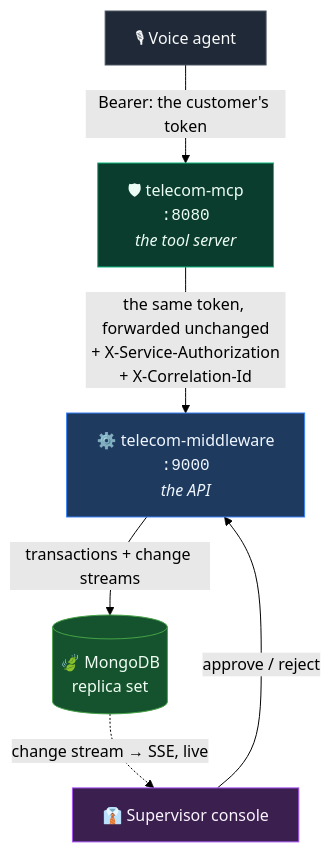
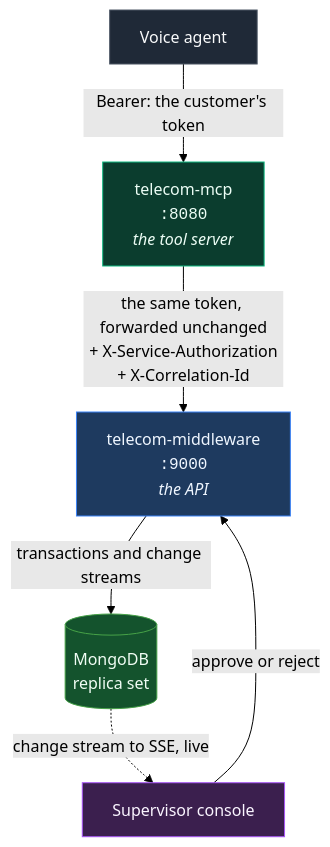
Before and after one commit to arshad98333/telecom-ai-gateway: the diagram in README.md, drawn with Mermaid (forest theme). The commit also changed other lines of this file, not shown here.

````diff
--- a/README.md
+++ b/README.md
@@ -73,20 +84,20 @@
 ```mermaid
 flowchart TB
-    A["🎙 Voice agent"]
-    B["🛡 telecom-mcp<br/><code>:8080</code><br/><i>the tool server</i>"]
-    C["⚙️ telecom-middleware<br/><code>:9000</code><br/><i>the API</i>"]
-    D[("🍃 MongoDB<br/>replica set")]
-    E["👔 Supervisor console"]
+    A["Voice agent"]
+    B["telecom-mcp<br/><code>:8080</code><br/><i>the tool server</i>"]
+    C["telecom-middleware<br/><code>:9000</code><br/><i>the API</i>"]
+    D[("MongoDB<br/>replica set")]
+    E["Supervisor console"]
 
     A -->|"Bearer: the customer's token"| B
     B -->|"the same token, forwarded unchanged<br/>+ X-Service-Authorization<br/>+ X-Correlation-Id"| C
-    C -->|"transactions + change streams"| D
-    D -.->|"change stream → SSE, live"| E
-    E -->|"approve / reject"| C
+    C -->|"transactions and change streams"| D
+    D -.->|"change stream to SSE, live"| E
+    E -->|"approve or reject"| C
 
     style A fill:#1f2937,stroke:#4b5563,color:#f9fafb
     style B fill:#0b3d2e,stroke:#10b981,color:#ecfdf5
     style C fill:#1e3a5f,stroke:#3b82f6,color:#eff6ff
     style D fill:#14532d,stroke:#47A248,color:#f0fdf4
     style E fill:#3b1f4e,stroke:#a855f7,color:#faf5ff
 ```
````
